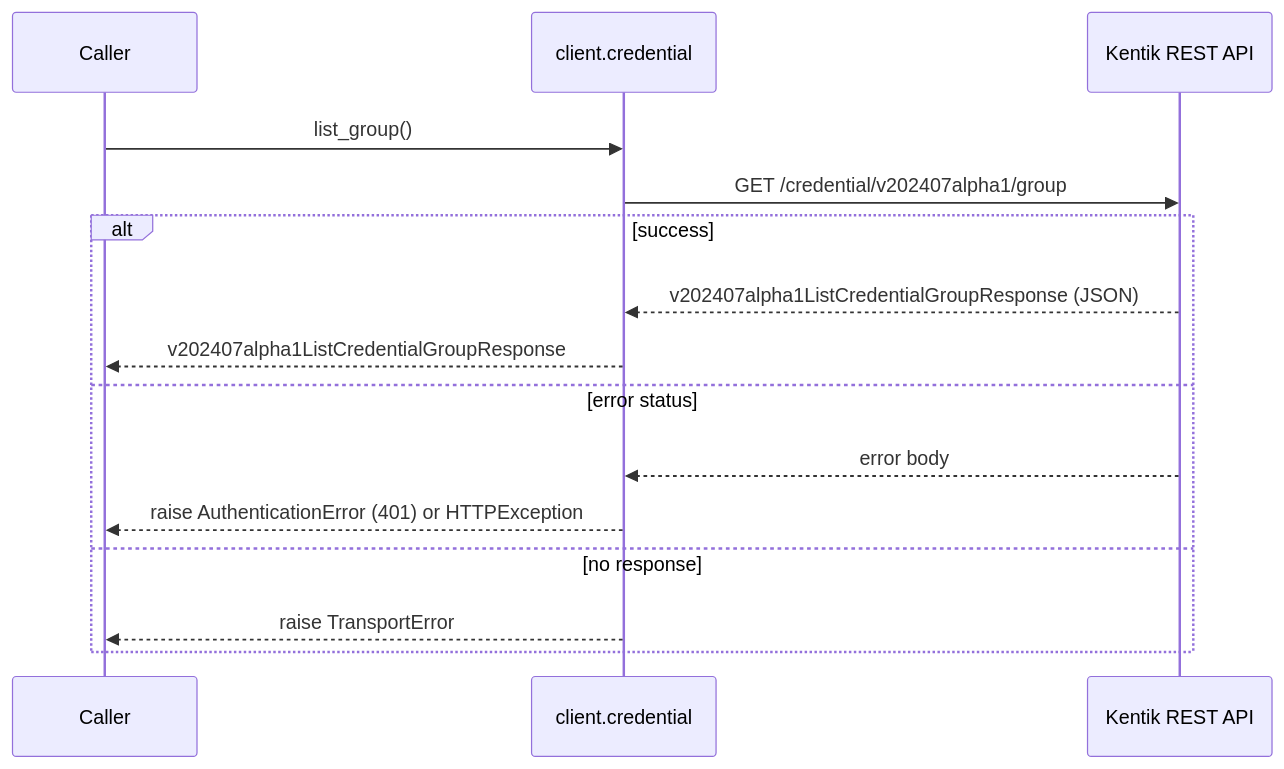
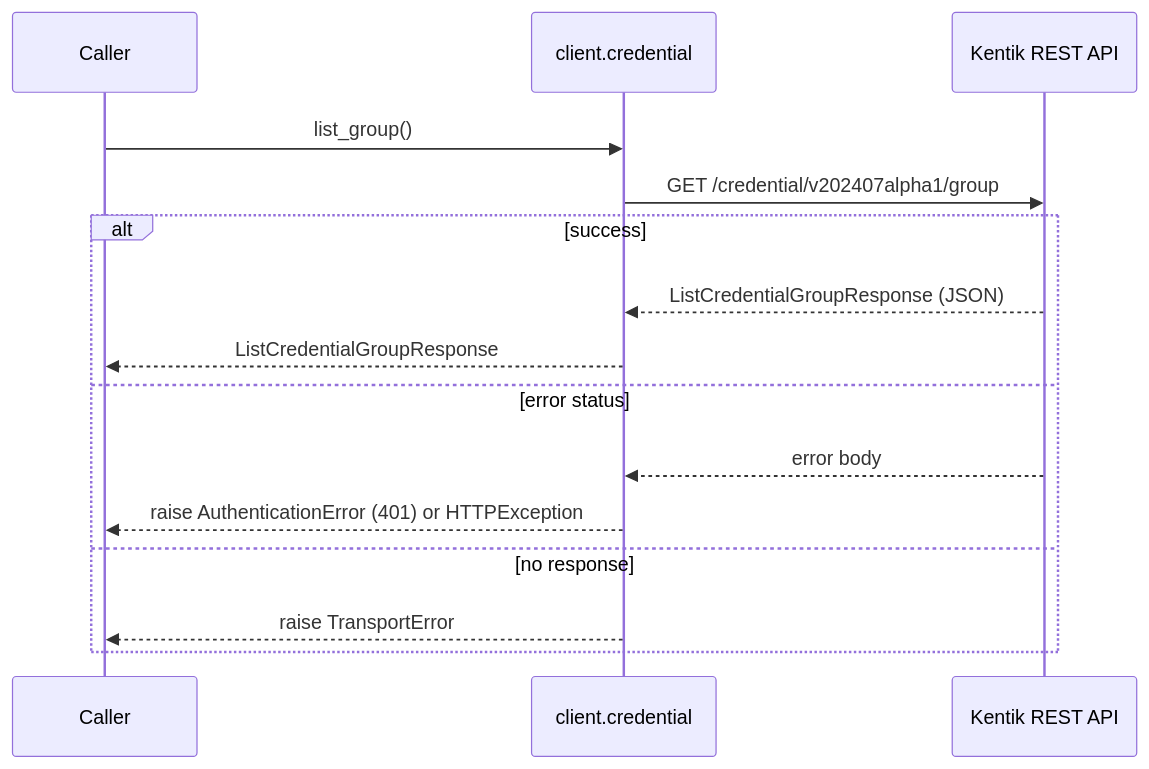
The second of 6 diagrams in docs/sphinx/services/credential.md (alexdearaujo/community_sdk_python), drawn with Mermaid before and after one commit. The commit also changed other lines of this file and 38 other files, not shown here.

````diff
--- a/docs/sphinx/services/credential.md
+++ b/docs/sphinx/services/credential.md
@@ -38,18 +38,18 @@
 ```mermaid
 sequenceDiagram
     participant C as Caller
     participant W as client.credential
     participant API as Kentik REST API
 
     C->>W: list_group()
     W->>API: GET /credential/v202407alpha1/group
     alt success
-        API-->>W: v202407alpha1ListCredentialGroupResponse (JSON)
-        W-->>C: v202407alpha1ListCredentialGroupResponse
+        API-->>W: ListCredentialGroupResponse (JSON)
+        W-->>C: ListCredentialGroupResponse
     else error status
         API-->>W: error body
         W-->>C: raise AuthenticationError (401) or HTTPException
     else no response
         W-->>C: raise TransportError
     end
 ```
````
